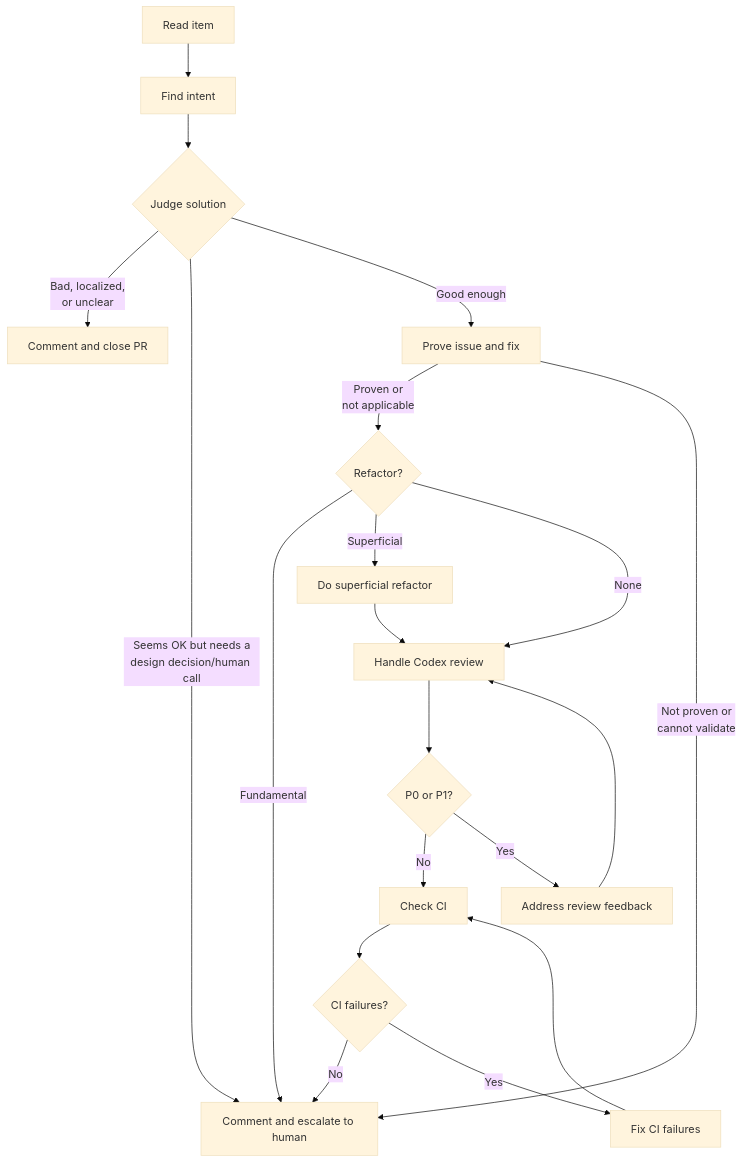
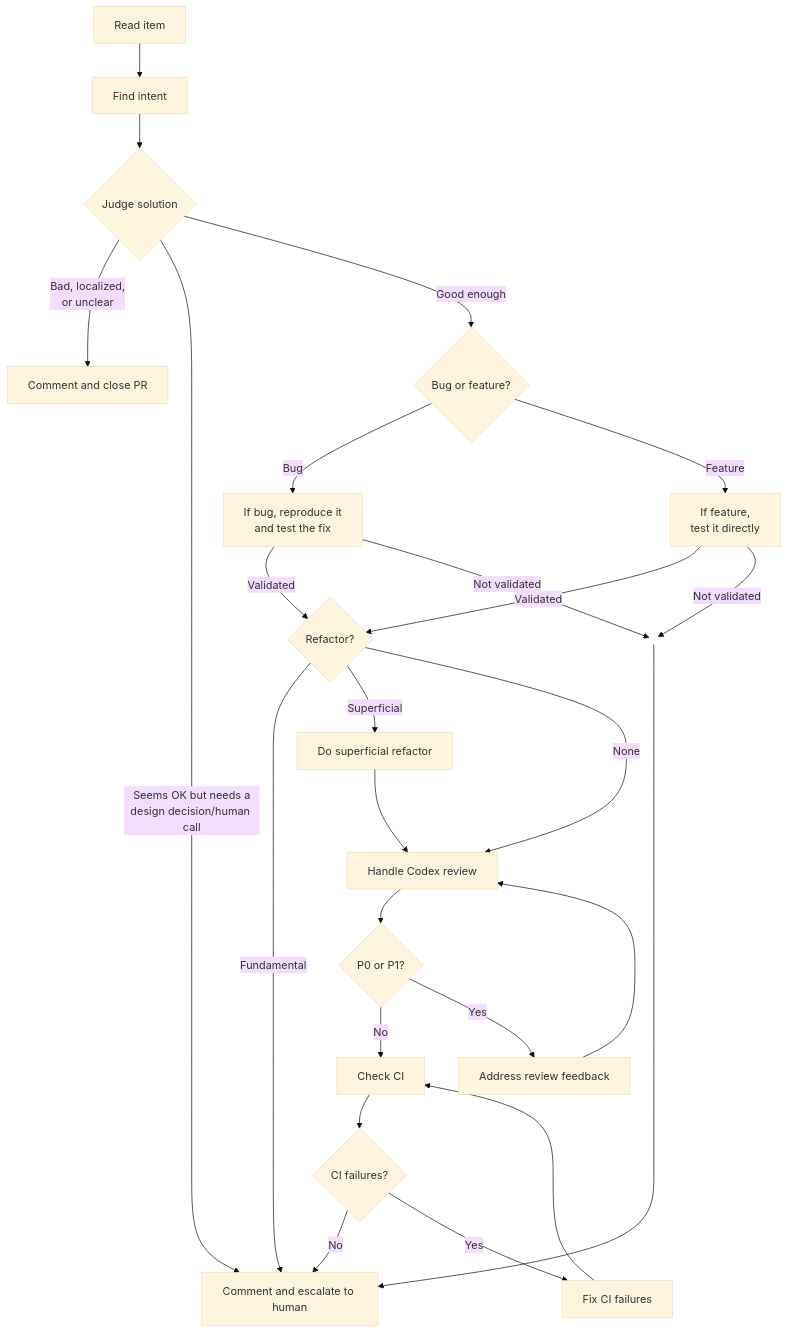
One commit to osolmaz/tools changed the diagram in agents/prompts/pr-issue-triage.md. Above: the diagram before and after it, drawn with Mermaid (base theme). The commit also changed other lines of this file and 1 other file, not shown here.

Commit message:
Split triage validation into bug and feature paths

````diff
--- a/agents/prompts/pr-issue-triage.md
+++ b/agents/prompts/pr-issue-triage.md
@@ -5,26 +5,34 @@
 ```mermaid
 flowchart TD
+    classDef hidden fill:none,stroke:none,color:none,stroke-width:0px;
     A[Read item] --> B[Find intent]
     B --> C{Judge solution}
 
     C -->|"Bad, localized,<br/>or unclear"| D[Comment and close PR]
     C -->|"Seems OK but needs a<br/>design decision/human call"| E[Comment and escalate to human]
-    C -->|Good enough| P[Prove issue and fix]
+    C -->|Good enough| V{Bug or feature?}
 
-    P -->|"Proven or<br/>not applicable"| F{Refactor?}
-    P -->|"Not proven or<br/>cannot validate"| E
+    V -->|Bug| P[If bug, reproduce it<br/>and test the fix]
+    V -->|Feature| T[If feature,<br/>test it directly]
+
+    P -->|Validated| F{Refactor?}
+    T -->|Validated| F
+    P -->|"Not validated"| X(( ))
+    T -->|"Not validated"| X
+    X --> E
+    class X hidden
 
     F -->|Fundamental| E
     F -->|Superficial| R[Do superficial refactor]
     F -->|None| G[Handle Codex review]
     R --> G
 
     G --> H{P0 or P1?}
     H -->|No| J[Check CI]
     H -->|Yes| I[Address review feedback]
     I --> G
     J --> K{CI failures?}
     K -->|No| E
     K -->|Yes| L[Fix CI failures]
     L --> J
 ```
````
